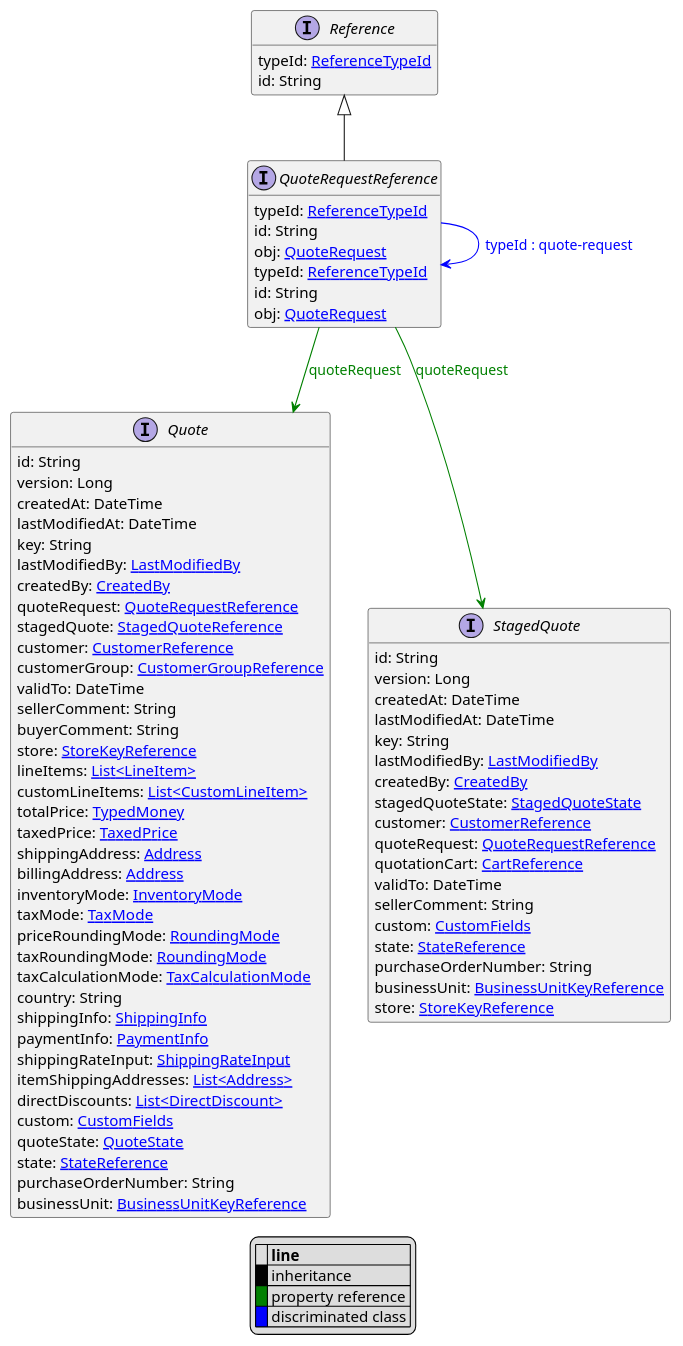
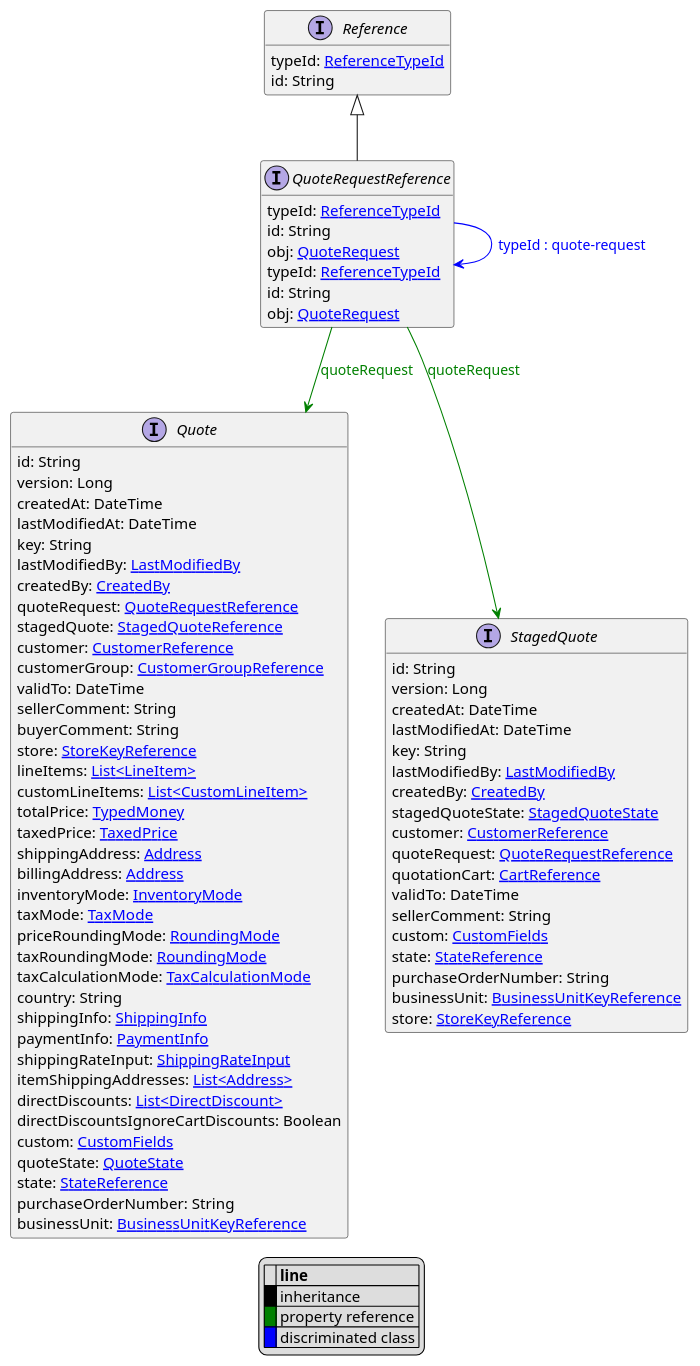
Before and after one commit to commercetools/commercetools-api-reference: the diagram in uml/api/QuoteRequestReference.puml, drawn with PlantUML. The commit also changed 237 other files, not shown here.

```diff
--- a/uml/api/QuoteRequestReference.puml
+++ b/uml/api/QuoteRequestReference.puml
@@ -1,88 +1,89 @@
 @startuml
 
 hide empty fields
 hide empty methods
 legend
 |= |= line |
 |<back:black>   </back>| inheritance |
 |<back:green>   </back>| property reference |
 |<back:blue>   </back>| discriminated class |
 endlegend
 interface QuoteRequestReference [[QuoteRequestReference.svg]] extends Reference {
     typeId: [[ReferenceTypeId.svg ReferenceTypeId]]
     id: String
     obj: [[QuoteRequest.svg QuoteRequest]]
 }
 interface Reference [[Reference.svg]]  {
     typeId: [[ReferenceTypeId.svg ReferenceTypeId]]
     id: String
 }
 
 interface QuoteRequestReference [[QuoteRequestReference.svg]]  {
     typeId: [[ReferenceTypeId.svg ReferenceTypeId]]
     id: String
     obj: [[QuoteRequest.svg QuoteRequest]]
 }
 interface Quote [[Quote.svg]]  {
     id: String
     version: Long
     createdAt: DateTime
     lastModifiedAt: DateTime
     key: String
     lastModifiedBy: [[LastModifiedBy.svg LastModifiedBy]]
     createdBy: [[CreatedBy.svg CreatedBy]]
     quoteRequest: [[QuoteRequestReference.svg QuoteRequestReference]]
     stagedQuote: [[StagedQuoteReference.svg StagedQuoteReference]]
     customer: [[CustomerReference.svg CustomerReference]]
     customerGroup: [[CustomerGroupReference.svg CustomerGroupReference]]
     validTo: DateTime
     sellerComment: String
     buyerComment: String
     store: [[StoreKeyReference.svg StoreKeyReference]]
     lineItems: [[LineItem.svg List<LineItem>]]
     customLineItems: [[CustomLineItem.svg List<CustomLineItem>]]
     totalPrice: [[TypedMoney.svg TypedMoney]]
     taxedPrice: [[TaxedPrice.svg TaxedPrice]]
     shippingAddress: [[Address.svg Address]]
     billingAddress: [[Address.svg Address]]
     inventoryMode: [[InventoryMode.svg InventoryMode]]
     taxMode: [[TaxMode.svg TaxMode]]
     priceRoundingMode: [[RoundingMode.svg RoundingMode]]
     taxRoundingMode: [[RoundingMode.svg RoundingMode]]
     taxCalculationMode: [[TaxCalculationMode.svg TaxCalculationMode]]
     country: String
     shippingInfo: [[ShippingInfo.svg ShippingInfo]]
     paymentInfo: [[PaymentInfo.svg PaymentInfo]]
     shippingRateInput: [[ShippingRateInput.svg ShippingRateInput]]
     itemShippingAddresses: [[Address.svg List<Address>]]
     directDiscounts: [[DirectDiscount.svg List<DirectDiscount>]]
+    directDiscountsIgnoreCartDiscounts: Boolean
     custom: [[CustomFields.svg CustomFields]]
     quoteState: [[QuoteState.svg QuoteState]]
     state: [[StateReference.svg StateReference]]
     purchaseOrderNumber: String
     businessUnit: [[BusinessUnitKeyReference.svg BusinessUnitKeyReference]]
 }
 interface StagedQuote [[StagedQuote.svg]]  {
     id: String
     version: Long
     createdAt: DateTime
     lastModifiedAt: DateTime
     key: String
     lastModifiedBy: [[LastModifiedBy.svg LastModifiedBy]]
     createdBy: [[CreatedBy.svg CreatedBy]]
     stagedQuoteState: [[StagedQuoteState.svg StagedQuoteState]]
     customer: [[CustomerReference.svg CustomerReference]]
     quoteRequest: [[QuoteRequestReference.svg QuoteRequestReference]]
     quotationCart: [[CartReference.svg CartReference]]
     validTo: DateTime
     sellerComment: String
     custom: [[CustomFields.svg CustomFields]]
     state: [[StateReference.svg StateReference]]
     purchaseOrderNumber: String
     businessUnit: [[BusinessUnitKeyReference.svg BusinessUnitKeyReference]]
     store: [[StoreKeyReference.svg StoreKeyReference]]
 }
 QuoteRequestReference --> QuoteRequestReference #blue;text:blue : "typeId : quote-request"
 QuoteRequestReference --> Quote #green;text:green : "quoteRequest"
 QuoteRequestReference --> StagedQuote #green;text:green : "quoteRequest"
 @enduml
```
